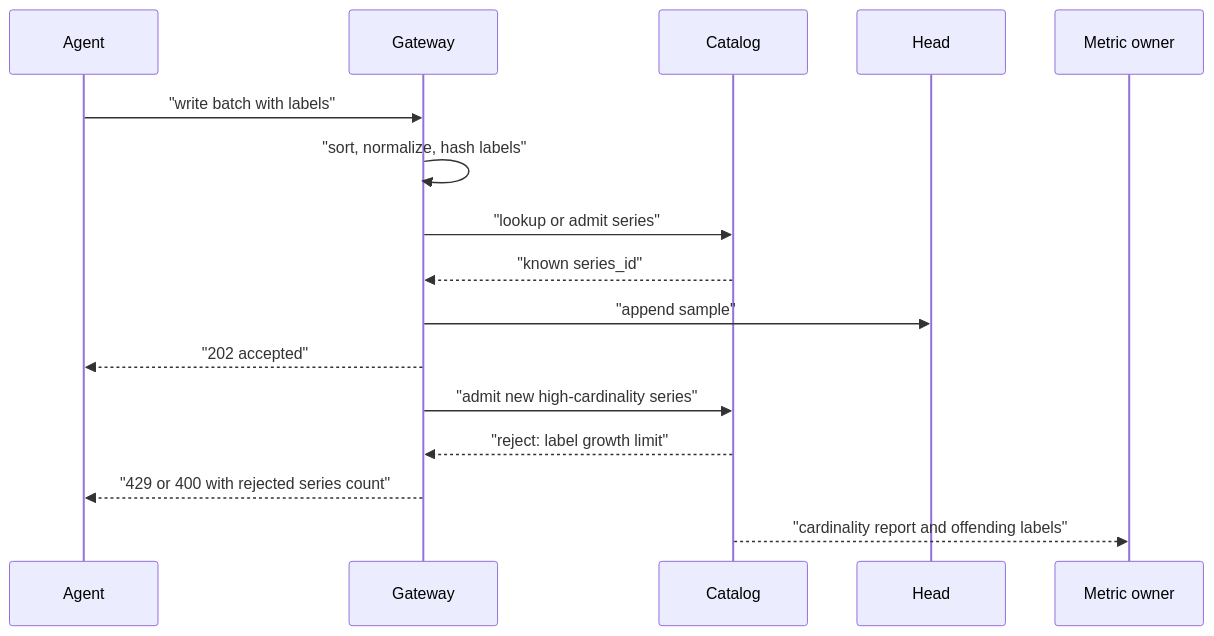
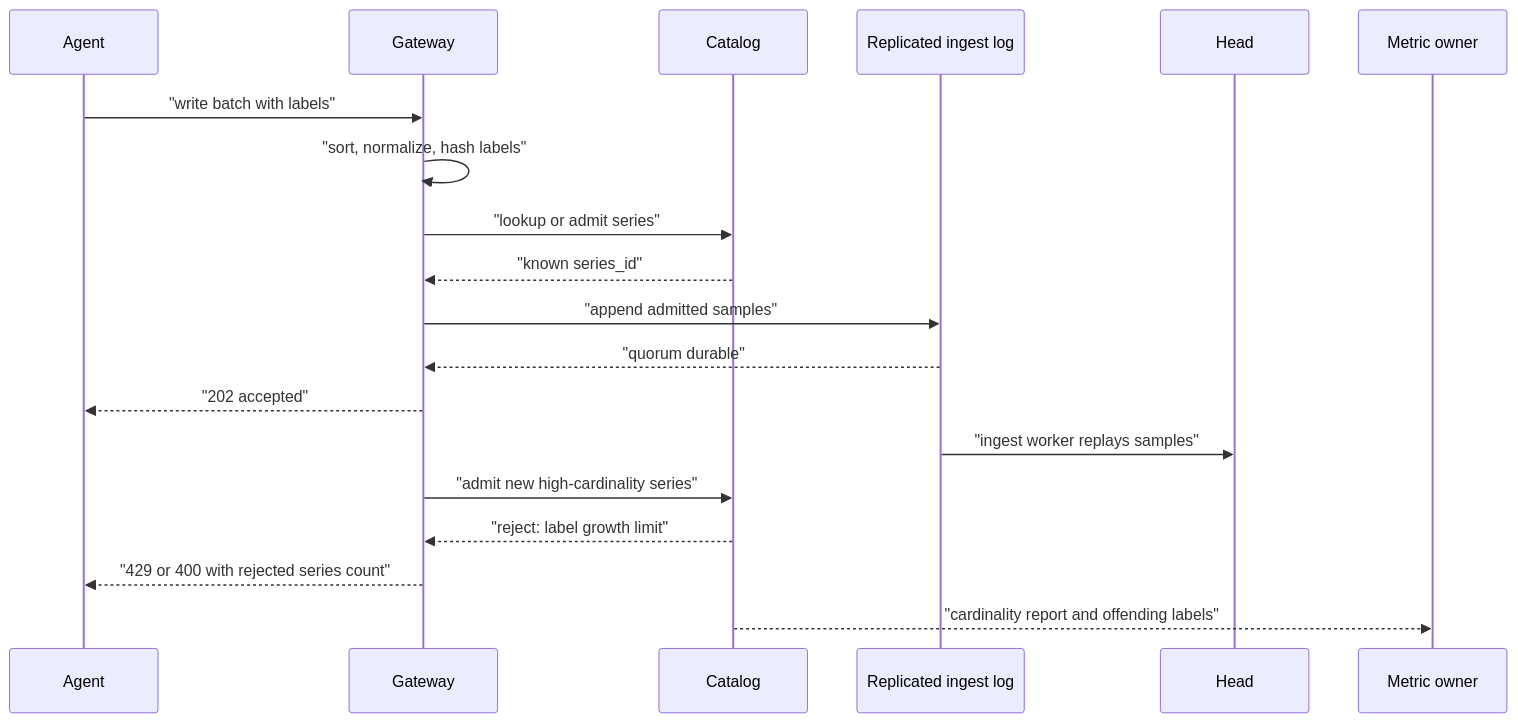
Before and after one commit to Pranshu258/system-design: the fourth of 5 diagrams in metrics-monitoring-system-design.md, drawn with Mermaid. The commit also changed other lines of this file and 23 other files, not shown here.

````diff
--- a/metrics-monitoring-system-design.md
+++ b/metrics-monitoring-system-design.md
@@ -274,18 +277,21 @@
 ```mermaid
 sequenceDiagram
     participant Agent
     participant Gateway
     participant Catalog
+    participant Log as Replicated ingest log
     participant Head
     participant Owner as Metric owner
     Agent->>Gateway: "write batch with labels"
     Gateway->>Gateway: "sort, normalize, hash labels"
     Gateway->>Catalog: "lookup or admit series"
     Catalog-->>Gateway: "known series_id"
-    Gateway->>Head: "append sample"
+    Gateway->>Log: "append admitted samples"
+    Log-->>Gateway: "quorum durable"
     Gateway-->>Agent: "202 accepted"
+    Log->>Head: "ingest worker replays samples"
     Gateway->>Catalog: "admit new high-cardinality series"
     Catalog-->>Gateway: "reject: label growth limit"
     Gateway-->>Agent: "429 or 400 with rejected series count"
     Catalog-->>Owner: "cardinality report and offending labels"
 ```
````
